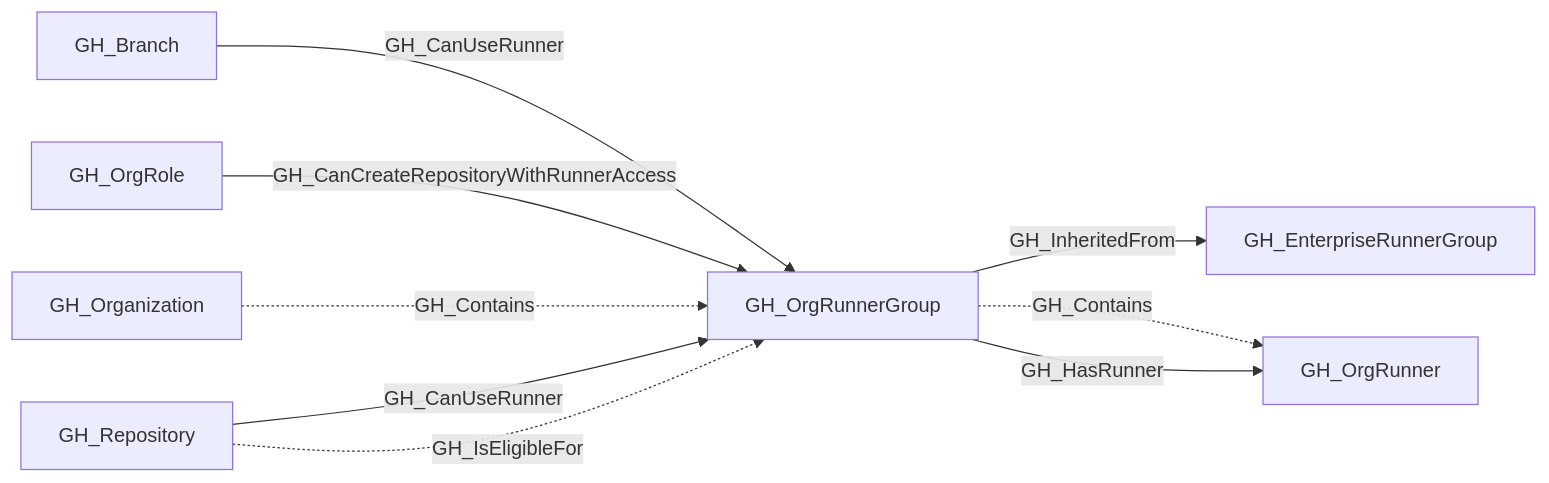
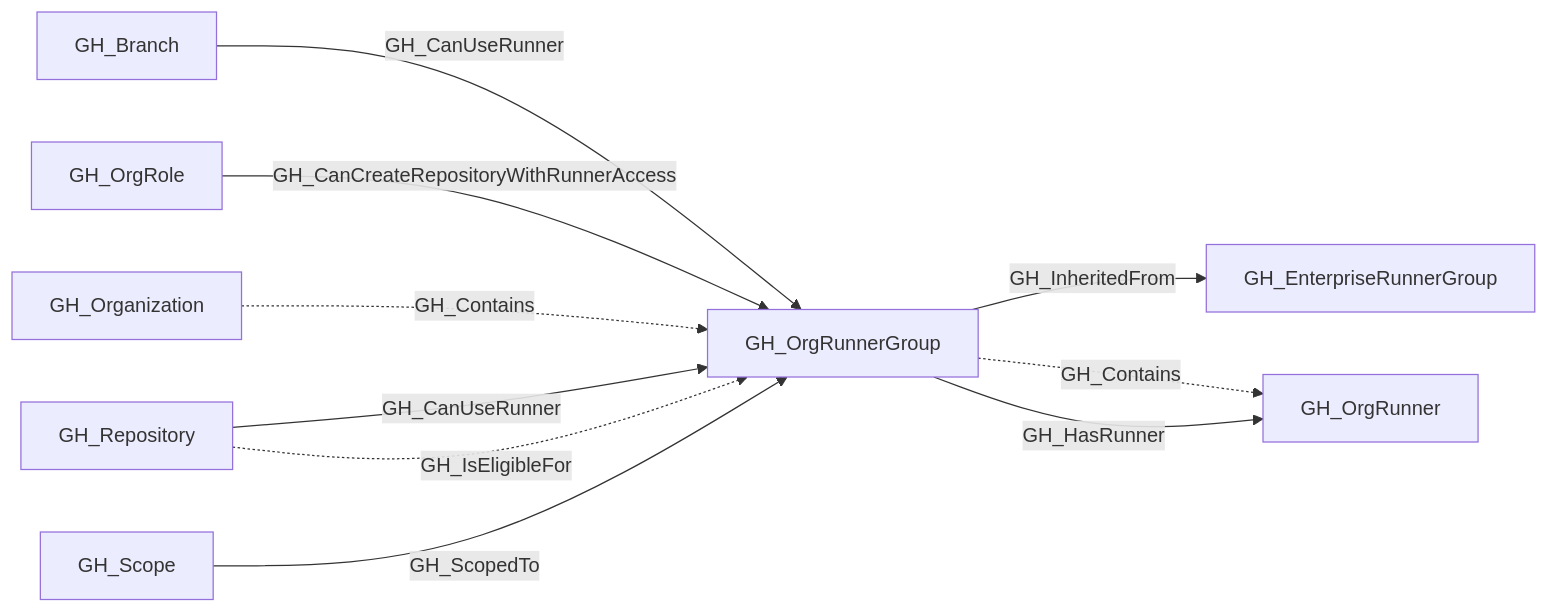
One commit to SpecterOps/openhound-github changed the diagram in descriptions/nodes/GH_OrgRunnerGroup.md. Above: the diagram before and after it, drawn with Mermaid. The commit also changed other lines of this file and 44 other files, not shown here.

````diff
--- a/descriptions/nodes/GH_OrgRunnerGroup.md
+++ b/descriptions/nodes/GH_OrgRunnerGroup.md
@@ -36,18 +36,20 @@
 ```mermaid
 graph LR
     n0["GH_Branch"]
     n1["GH_OrgRunnerGroup"]
     n2["GH_OrgRole"]
     n3["GH_EnterpriseRunnerGroup"]
     n4["GH_OrgRunner"]
     n5["GH_Organization"]
     n6["GH_Repository"]
+    n7["GH_Scope"]
     n0 -->|GH_CanUseRunner| n1
     n2 -->|GH_CanCreateRepositoryWithRunnerAccess| n1
     n1 -->|GH_InheritedFrom| n3
     n1 -.->|GH_Contains| n4
     n1 -->|GH_HasRunner| n4
     n5 -.->|GH_Contains| n1
     n6 -->|GH_CanUseRunner| n1
     n6 -.->|GH_IsEligibleFor| n1
+    n7 -->|GH_ScopedTo| n1
 ```
````
